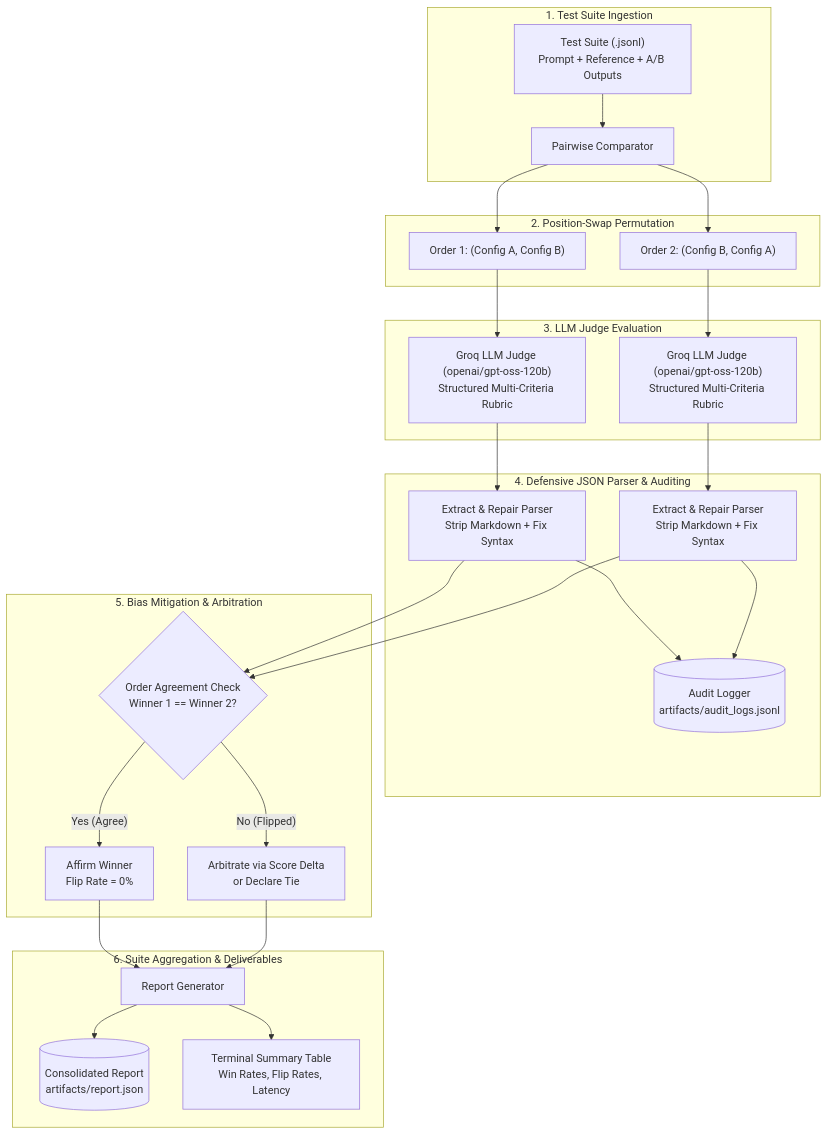
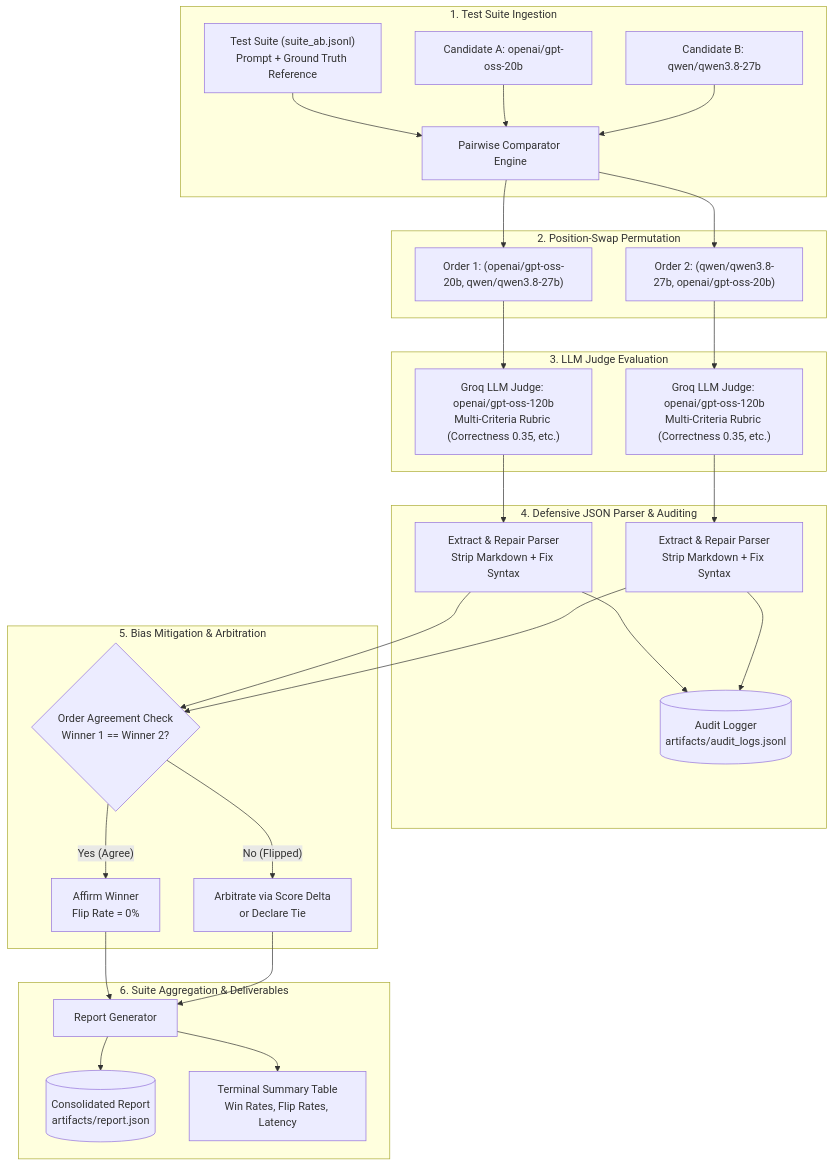
The diagram in problem-2-judge/README.md (farhanrhine/synlabs), drawn with Mermaid before and after one commit.

Commit message:
docs(judge): display explicit model names in architecture Mermaid diagram

````diff
--- a/problem-2-judge/README.md
+++ b/problem-2-judge/README.md
@@ -11,37 +11,39 @@
 ```mermaid
 graph TD
     subgraph InputStage ["1. Test Suite Ingestion"]
-        A["Test Suite (.jsonl)<br/>Prompt + Reference + A/B Outputs"] --> B["Pairwise Comparator"]
+        A["Test Suite (suite_ab.jsonl)<br/>Prompt + Ground Truth Reference"] --> B["Pairwise Comparator Engine"]
+        M1["Candidate A: openai/gpt-oss-20b"] --> B
+        M2["Candidate B: qwen/qwen3.8-27b"] --> B
     end
 
     subgraph OrderPermutation ["2. Position-Swap Permutation"]
-        B --> C["Order 1: (Config A, Config B)"]
-        B --> D["Order 2: (Config B, Config A)"]
+        B --> C["Order 1: (openai/gpt-oss-20b, qwen/qwen3.8-27b)"]
+        B --> D["Order 2: (qwen/qwen3.8-27b, openai/gpt-oss-20b)"]
     end
 
     subgraph JudgeInference ["3. LLM Judge Evaluation"]
-        C --> E["Groq LLM Judge (openai/gpt-oss-120b)<br/>Structured Multi-Criteria Rubric"]
-        D --> F["Groq LLM Judge (openai/gpt-oss-120b)<br/>Structured Multi-Criteria Rubric"]
+        C --> E["Groq LLM Judge: openai/gpt-oss-120b<br/>Multi-Criteria Rubric (Correctness 0.35, etc.)"]
+        D --> F["Groq LLM Judge: openai/gpt-oss-120b<br/>Multi-Criteria Rubric (Correctness 0.35, etc.)"]
     end
 
     subgraph DefensiveParsing ["4. Defensive JSON Parser & Auditing"]
         E --> G["Extract & Repair Parser<br/>Strip Markdown + Fix Syntax"]
         F --> H["Extract & Repair Parser<br/>Strip Markdown + Fix Syntax"]
         G --> I[("Audit Logger<br/>artifacts/audit_logs.jsonl")]
         H --> I
     end
 
     subgraph BiasMitigation ["5. Bias Mitigation & Arbitration"]
         G --> J{"Order Agreement Check<br/>Winner 1 == Winner 2?"}
         H --> J
         J -- "Yes (Agree)" --> K["Affirm Winner<br/>Flip Rate = 0%"]
         J -- "No (Flipped)" --> L["Arbitrate via Score Delta<br/>or Declare Tie"]
     end
 
     subgraph Reporting ["6. Suite Aggregation & Deliverables"]
         K --> M["Report Generator"]
         L --> M
         M --> N[("Consolidated Report<br/>artifacts/report.json")]
         M --> O["Terminal Summary Table<br/>Win Rates, Flip Rates, Latency"]
     end
 ```
````
